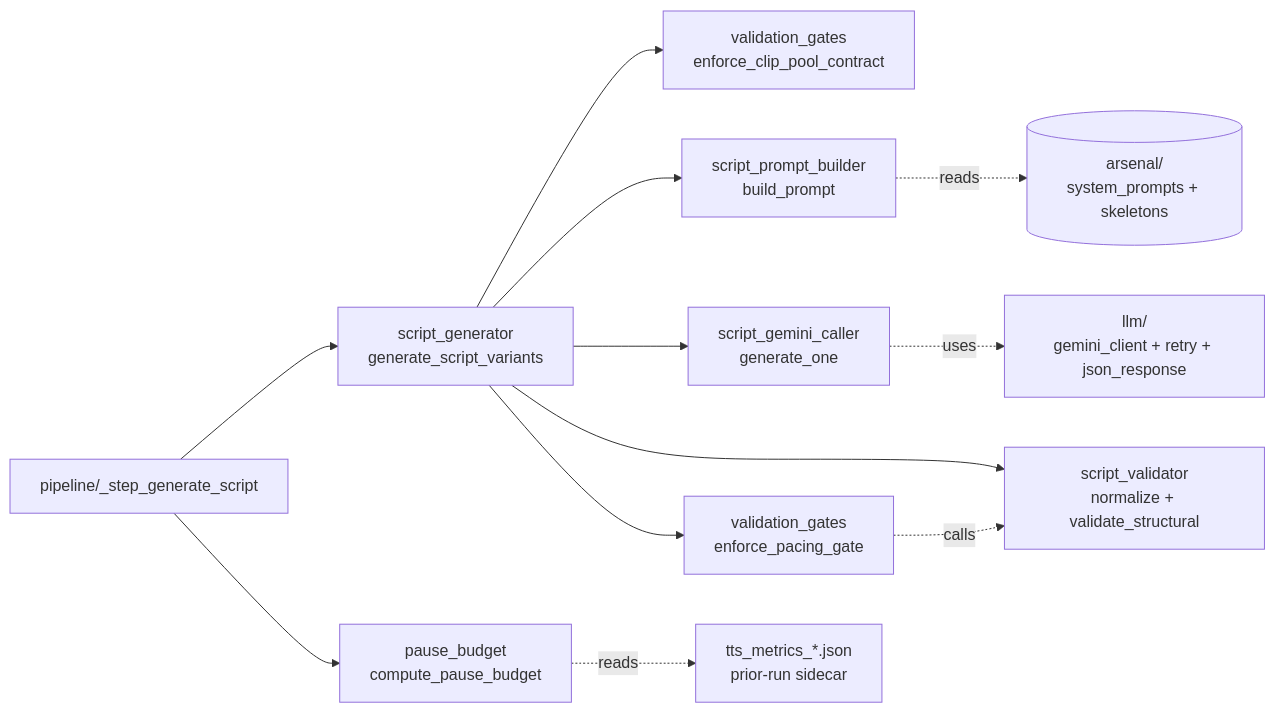
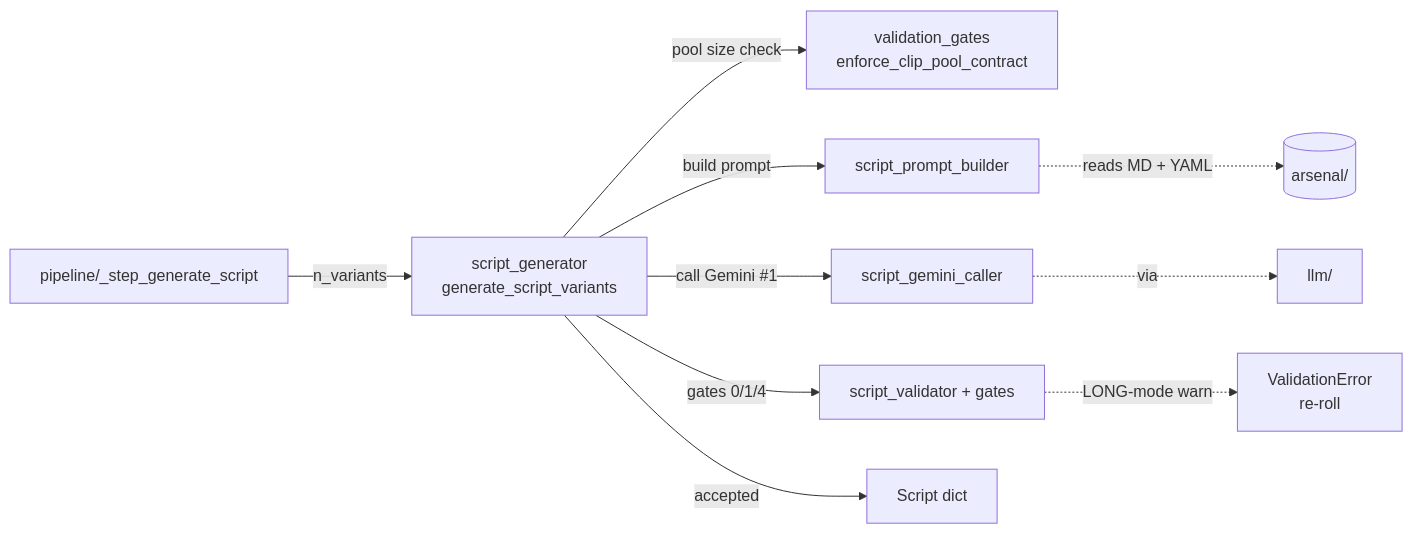
The diagram in promo/core/script/architecture.md (Leo86868/Promo-Pipeline), drawn with Mermaid before and after one commit. The commit also changed other lines of this file, not shown here.

First line of the commit message:
docs(script): I/O-contract rewrite + Vocabulary + facade/gates mermaid (S3.6 commit 9/13)

````diff
--- a/promo/core/script/architecture.md
+++ b/promo/core/script/architecture.md
@@ -23,14 +29,12 @@
 ```mermaid
 flowchart LR
-    P[pipeline/_step_generate_script] --> F[script_generator<br/>generate_script_variants]
-    F --> PRE[validation_gates<br/>enforce_clip_pool_contract]
-    F --> PB[script_prompt_builder<br/>build_prompt]
-    PB -.reads.-> AR[(arsenal/<br/>system_prompts + skeletons)]
-    F --> GC[script_gemini_caller<br/>generate_one]
-    GC -.uses.-> LLM[llm/<br/>gemini_client + retry + json_response]
-    F --> SV[script_validator<br/>normalize + validate_structural]
-    F --> POST[validation_gates<br/>enforce_pacing_gate]
-    POST -.calls.-> SV
-    P --> PBUD[pause_budget<br/>compute_pause_budget]
-    PBUD -.reads.-> SC[tts_metrics_*.json<br/>prior-run sidecar]
+    P[pipeline/_step_generate_script] -->|n_variants| F[script_generator<br/>generate_script_variants]
+    F -->|pool size check| PRE[validation_gates<br/>enforce_clip_pool_contract]
+    F -->|build prompt| PB[script_prompt_builder]
+    PB -.reads MD + YAML.-> AR[(arsenal/)]
+    F -->|call Gemini #1| GC[script_gemini_caller]
+    GC -.via.-> LLM[llm/]
+    F -->|gates 0/1/4| V[script_validator + gates]
+    V -.LONG-mode warn.-> RE[ValidationError<br/>re-roll]
+    F -->|accepted| OUT[Script dict]
 ```
````
